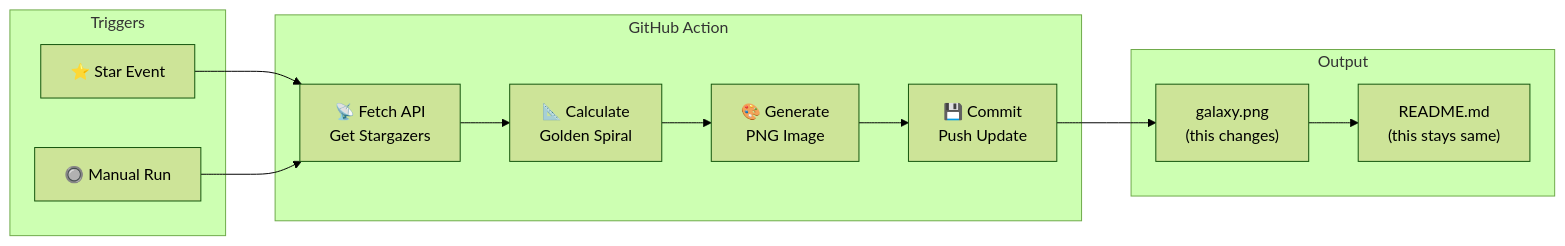
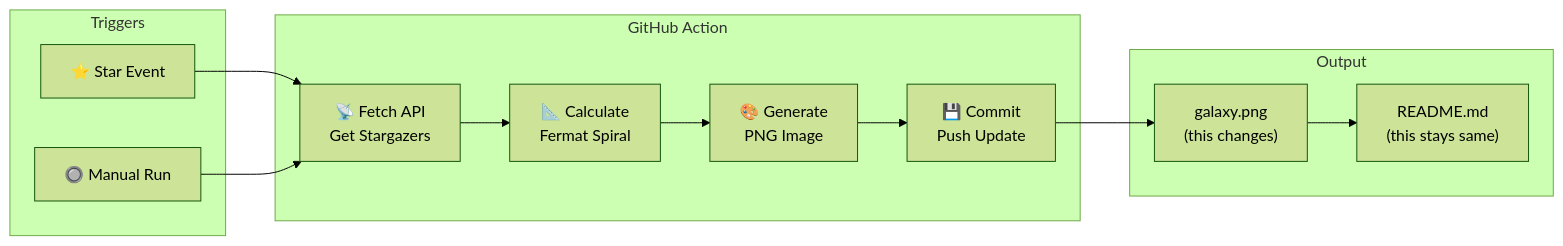
The diagram in README_EN.md (tznthou/day-19-stargazer-galaxy), drawn with Mermaid (forest theme) before and after one commit. The commit also changed other lines of this file and 2 other files, not shown here.

````diff
--- a/README_EN.md
+++ b/README_EN.md
@@ -93,24 +93,24 @@
 ```mermaid
 flowchart LR
     subgraph Trigger["Triggers"]
         Star["⭐ Star Event"]
         Manual["🔘 Manual Run"]
     end
 
     subgraph Action["GitHub Action"]
         Fetch["📡 Fetch API<br/>Get Stargazers"]
-        Calc["📐 Calculate<br/>Golden Spiral"]
+        Calc["📐 Calculate<br/>Fermat Spiral"]
         Gen["🎨 Generate<br/>PNG Image"]
         Commit["💾 Commit<br/>Push Update"]
     end
 
     subgraph Output["Output"]
         PNG["galaxy.png<br/>(this changes)"]
         README["README.md<br/>(this stays same)"]
     end
 
     Star --> Fetch
     Manual --> Fetch
     Fetch --> Calc --> Gen --> Commit
     Commit --> PNG --> README
 ```
````
